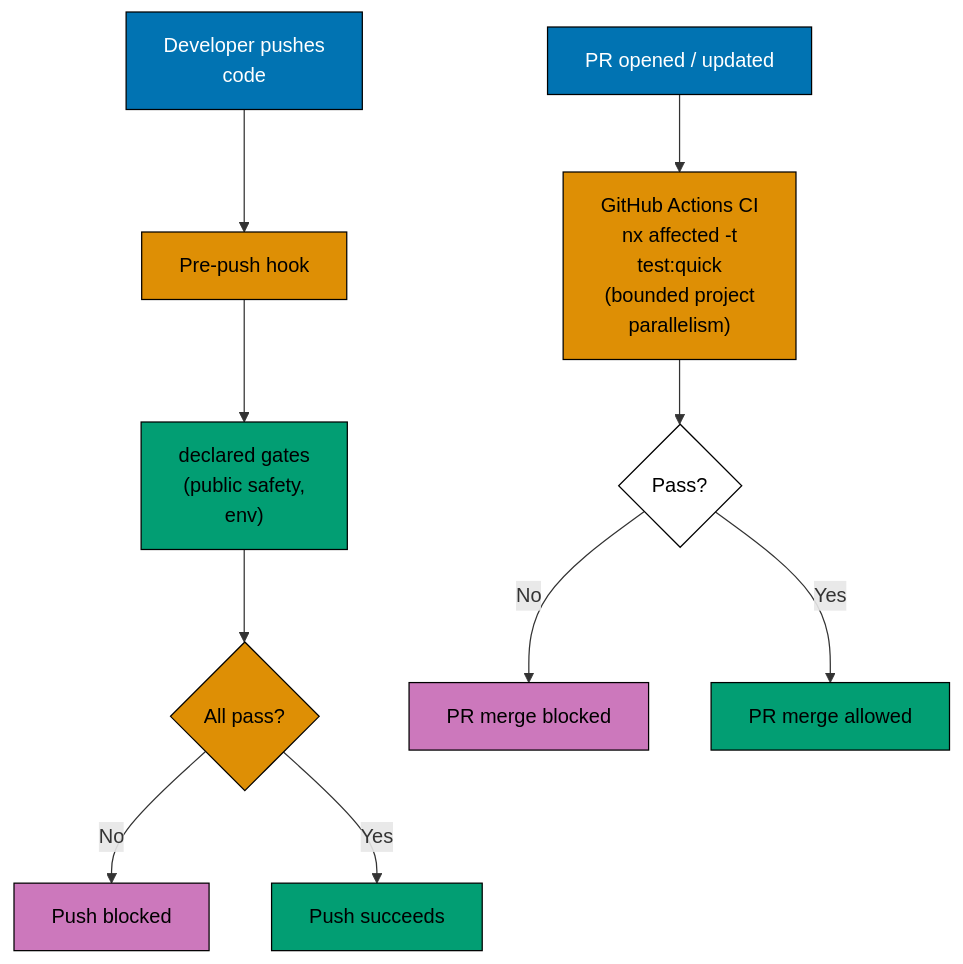
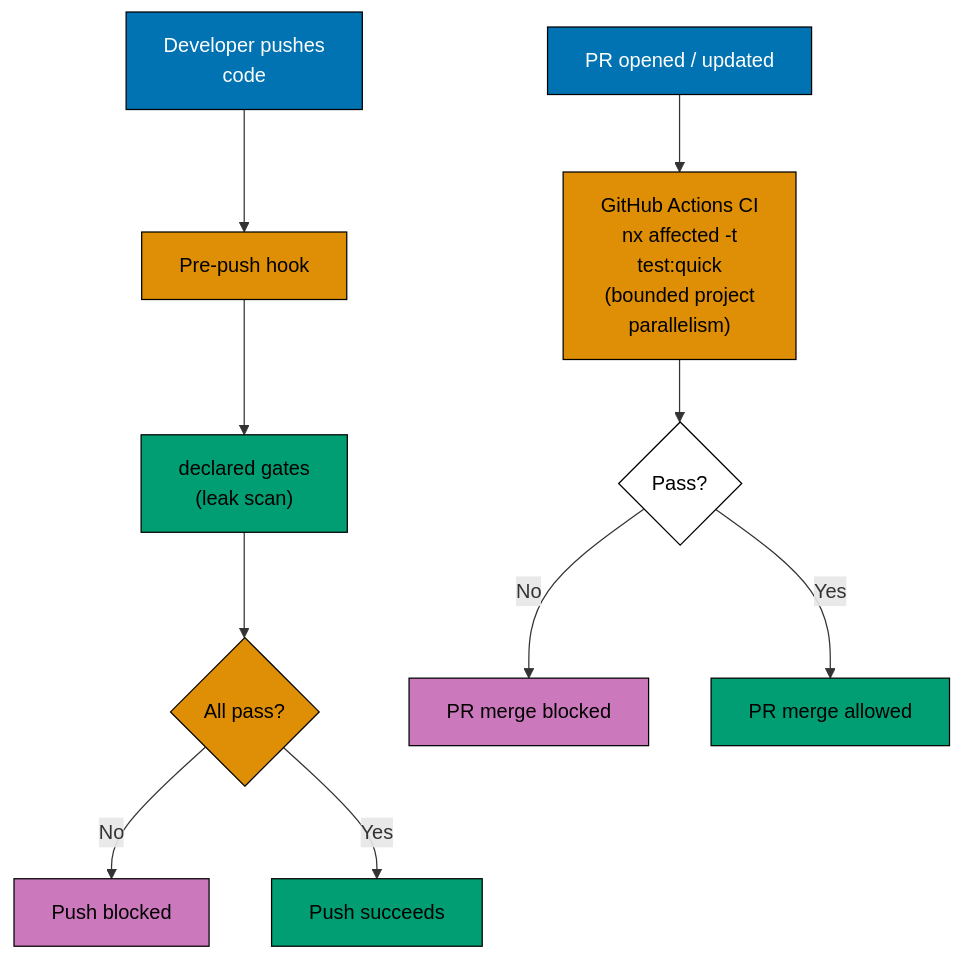
Before and after one commit to wahidyankf/ose-public: the first of 2 diagrams in repo-governance/development/infra/nx-targets/execution-model.md, drawn with Mermaid. The commit also changed 255 other files, not shown here.

````diff
--- a/repo-governance/development/infra/nx-targets/execution-model.md
+++ b/repo-governance/development/infra/nx-targets/execution-model.md
@@ -22,25 +22,25 @@
 ```mermaid
 flowchart TD
     accTitle: Quality Gates (PR enforcement)
-    accDescr: Developer pushes code leads to Pre-push hook; Pre-push hook leads to declared gates for public safety and env; declared gates for public safety and env leads to All pass?; and 6 more links.
+    accDescr: Developer pushes code leads to Pre-push hook; Pre-push hook leads to declared gates for the leak scan; declared gates for the leak scan leads to All pass?; and 6 more links.
     A[Developer pushes<br/>code] --> B[Pre-push hook]
-    B --> E["declared gates<br/>(public safety,<br/>env)"]
+    B --> E["declared gates<br/>(leak scan)"]
     E --> F{All pass?}
     F -- No --> G[Push blocked]
     F -- Yes --> H[Push succeeds]
 
     P[PR opened / updated] --> Q["GitHub Actions CI<br/>nx affected -t<br/>test:quick<br/>(bounded project<br/>parallelism)"]
     Q --> R{Pass?}
     R -- No --> S[PR merge blocked]
     R -- Yes --> T[PR merge allowed]
 
     classDef blue fill:#0173B2,stroke:#000000,color:#FFFFFF
     classDef orange fill:#DE8F05,stroke:#000000,color:#000000
     classDef teal fill:#029E73,stroke:#000000,color:#000000
     classDef purple fill:#CC78BC,stroke:#000000,color:#000000
     class A,P blue
     class B,F,Q orange
     class E,H,T teal
     class G,S purple
     classDef default fill:#FFFFFF,stroke:#000000,color:#000000
 ```
````
